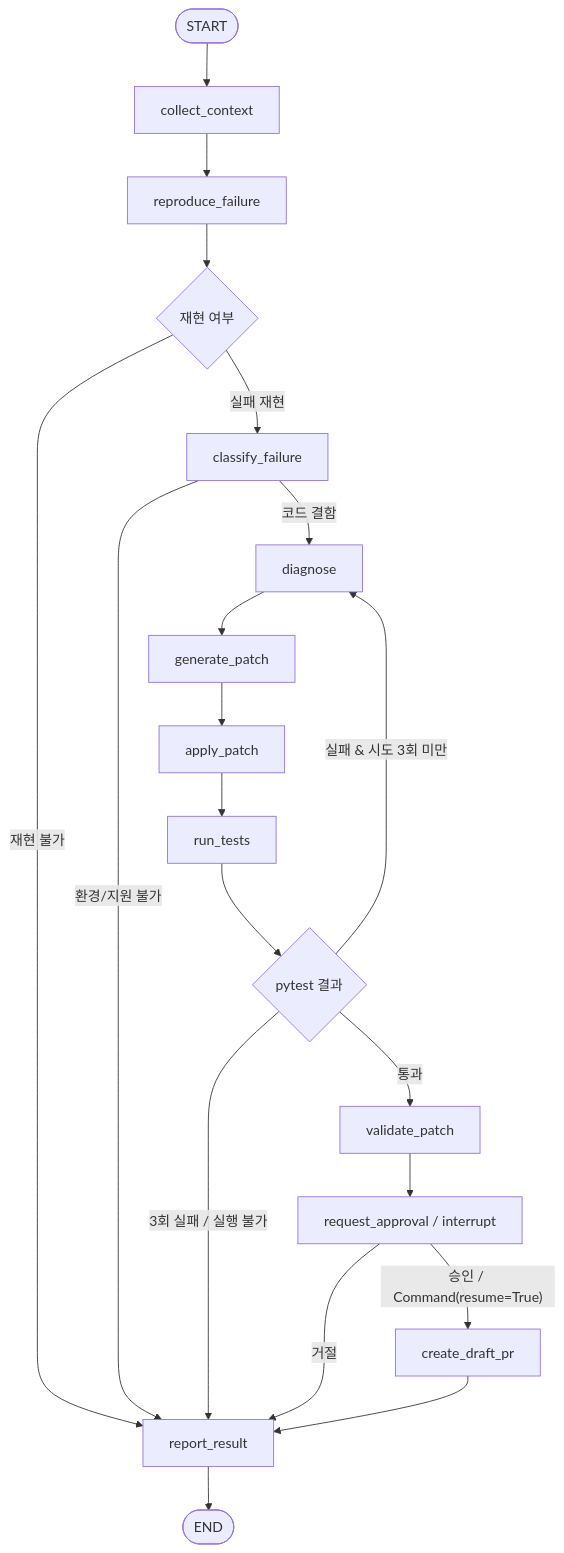
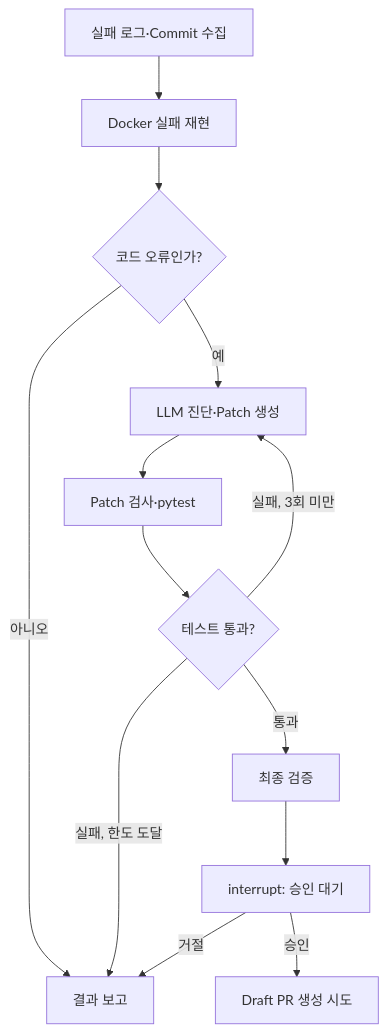
One commit to ii2001/PatchPilot changed the diagram in docs/project-report.md. Above: the diagram before and after it, drawn with Mermaid. The commit also changed other lines of this file and 1 other file, not shown here.

````diff
--- a/docs/project-report.md
+++ b/docs/project-report.md
@@ -78,22 +30,15 @@
 ```mermaid
 flowchart TD
-    S([START]) --> A["collect_context"]
-    A --> B["reproduce_failure"]
-    B --> C{"재현 여부"}
-    C -->|실패 재현| D["classify_failure"]
-    C -->|재현 불가| R["report_result"]
-    D -->|코드 결함| E["diagnose"]
-    D -->|환경/지원 불가| R
-    E --> F["generate_patch"]
-    F --> G["apply_patch"]
-    G --> H["run_tests"]
-    H --> I{"pytest 결과"}
-    I -->|실패 & 시도 3회 미만| E
-    I -->|3회 실패 / 실행 불가| R
-    I -->|통과| J["validate_patch"]
-    J --> K["request_approval / interrupt"]
-    K -->|거절| R
-    K -->|"승인 / Command(resume=True)"| L["create_draft_pr"]
-    L --> R
-    R --> T([END])
+    A["실패 로그·Commit 수집"] --> B["Docker 실패 재현"]
+    B --> C{"코드 오류인가?"}
+    C -->|아니오| X["결과 보고"]
+    C -->|예| D["LLM 진단·Patch 생성"]
+    D --> E["Patch 검사·pytest"]
+    E --> F{"테스트 통과?"}
+    F -->|"실패, 3회 미만"| D
+    F -->|"실패, 한도 도달"| X
+    F -->|통과| G["최종 검증"]
+    G --> H["interrupt: 승인 대기"]
+    H -->|거절| X
+    H -->|승인| I["Draft PR 생성 시도"]
 ```
````
